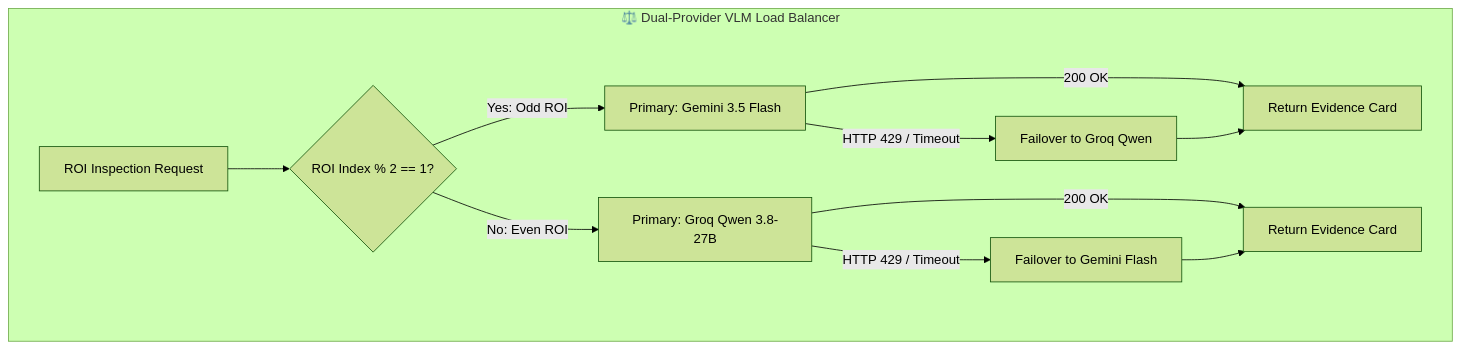
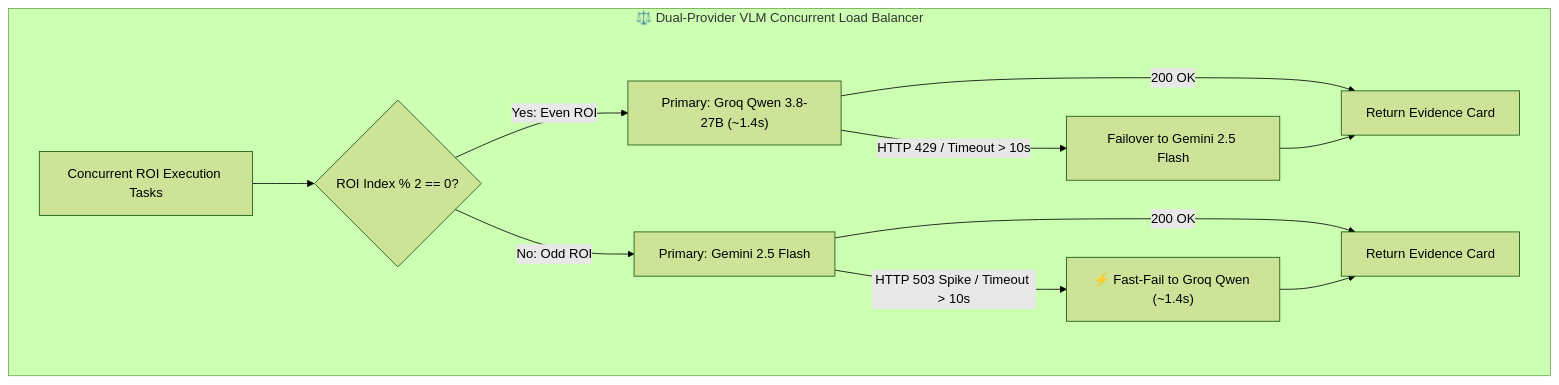
One commit to Disha-1610/VisionForge changed the fifth of 5 diagrams in docs/ARCHITECTURE.md. Above: the diagram before and after it, drawn with Mermaid (forest theme). The commit also changed other lines of this file and 19 other files, not shown here.

````diff
--- a/docs/ARCHITECTURE.md
+++ b/docs/ARCHITECTURE.md
@@ -391,17 +391,17 @@
 ```mermaid
 flowchart TD
-    subgraph VLM_Load_Balancer["⚖️ Dual-Provider VLM Load Balancer"]
-        InReq["ROI Inspection Request"] --> Check{"ROI Index % 2 == 1?"}
+    subgraph VLM_Load_Balancer["⚖️ Dual-Provider VLM Concurrent Load Balancer"]
+        InReq["Concurrent ROI Execution Tasks"] --> Check{"ROI Index % 2 == 0?"}
         
-        Check -->|"Yes: Odd ROI"| GemPri["Primary: Gemini 3.5 Flash"]
-        Check -->|"No: Even ROI"| GroqPri["Primary: Groq Qwen 3.8-27B"]
+        Check -->|"Yes: Even ROI"| GroqPri["Primary: Groq Qwen 3.8-27B (~1.4s)"]
+        Check -->|"No: Odd ROI"| GemPri["Primary: Gemini 2.5 Flash"]
         
-        GemPri -->|"HTTP 429 / Timeout"| GemToGroq["Failover to Groq Qwen"]
-        GemPri -->|"200 OK"| Ret1["Return Evidence Card"]
-        GemToGroq --> Ret1
+        GroqPri -->|"HTTP 429 / Timeout > 10s"| GroqToGem["Failover to Gemini 2.5 Flash"]
+        GroqPri -->|"200 OK"| Ret1["Return Evidence Card"]
+        GroqToGem --> Ret1
         
-        GroqPri -->|"HTTP 429 / Timeout"| GroqToGem["Failover to Gemini Flash"]
-        GroqPri -->|"200 OK"| Ret2["Return Evidence Card"]
-        GroqToGem --> Ret2
+        GemPri -->|"HTTP 503 Spike / Timeout > 10s"| GemToGroq["⚡ Fast-Fail to Groq Qwen (~1.4s)"]
+        GemPri -->|"200 OK"| Ret2["Return Evidence Card"]
+        GemToGroq --> Ret2
     end
 ```
````
